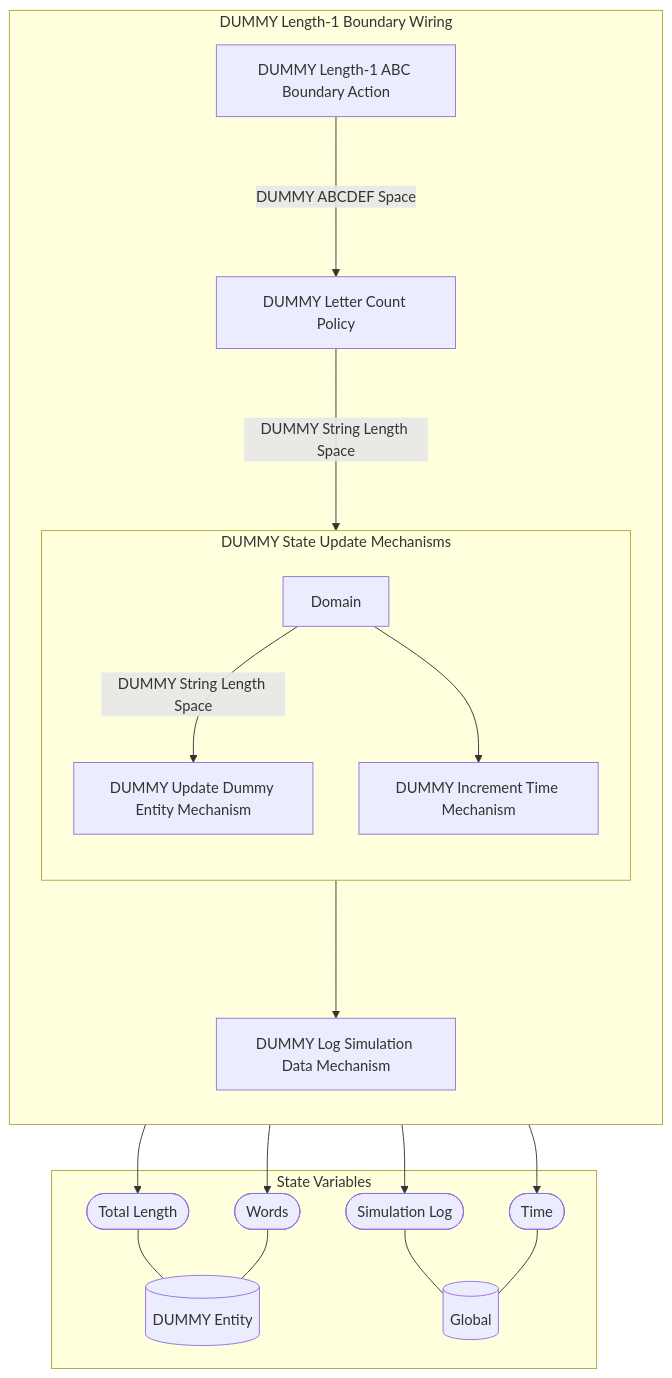
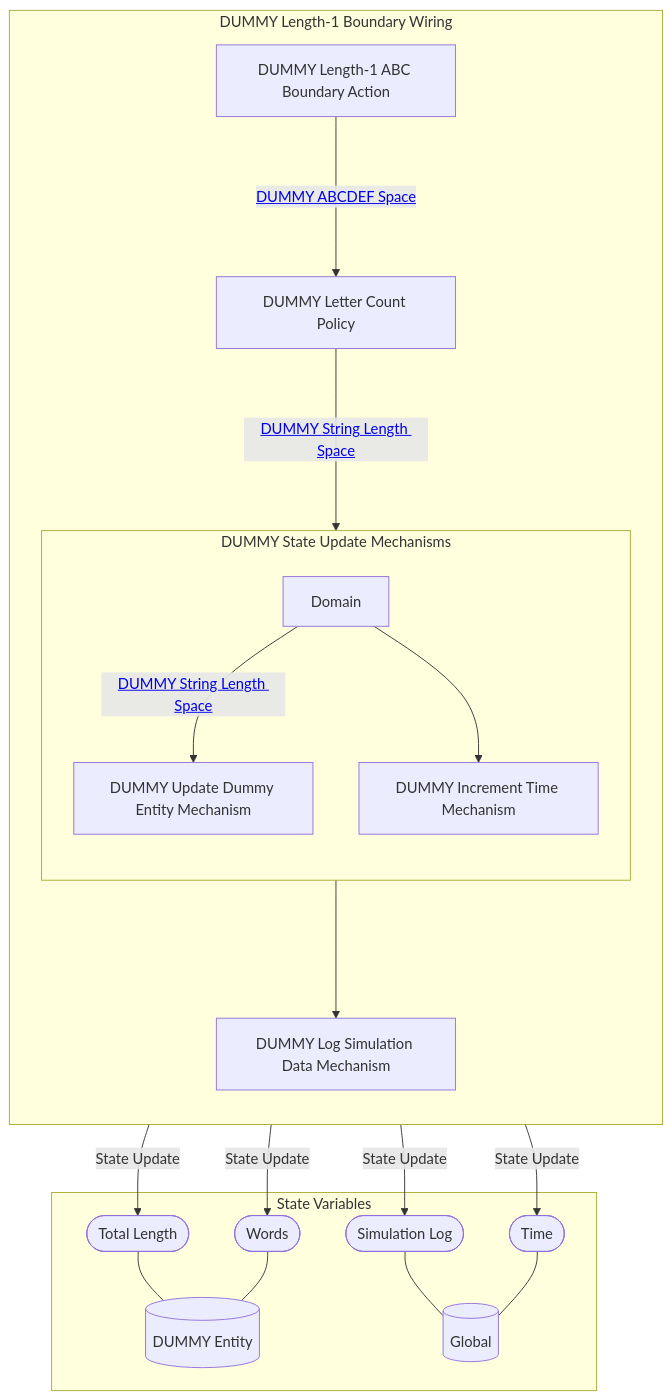
Before and after one commit to BlockScience/MSML-Template: the first of 2 diagrams in reports/obsidian/Displays/Wiring/Boundary Wirings.md, drawn with Mermaid. The commit also changed other lines of this file and 41 other files, not shown here.

````diff
--- a/reports/obsidian/Displays/Wiring/Boundary Wirings.md
+++ b/reports/obsidian/Displays/Wiring/Boundary Wirings.md
@@ -3,41 +3,50 @@
 ```mermaid
 graph TB
 
 subgraph SVS["State Variables"]
 EE0[("DUMMY Entity")]
 EE1[("Global")]
 EES0(["Total Length"])
 EES0 --- EE0
 EES1(["Words"])
 EES1 --- EE0
 EES2(["Simulation Log"])
 EES2 --- EE1
 EES3(["Time"])
 EES3 --- EE1
 end
 
 subgraph X9["DUMMY Length-1 Boundary Wiring"]
 direction TB
 X1["DUMMY Length-1 ABC Boundary Action"]
 X2["DUMMY Letter Count Policy"]
 subgraph X7["DUMMY State Update Mechanisms"]
 direction TB
 X3["DUMMY Update Dummy Entity Mechanism"]
-X3 --> EES1
-X3 --> EES0
+X3 --"State Update"--> EES0
+X3 --"State Update"--> EES1
 X4["DUMMY Increment Time Mechanism"]
-X4 --> EES3
+X4 --"State Update"--> EES3
 X5[Domain]
 
 direction LR
 direction TB
-X5 --"DUMMY String Length Space"--> X3
+X5 --"<a href='DUMMY String Length Space' class=internal-link>DUMMY String Length Space</a>"--> X3
 X5 --> X4
 end
 X8["DUMMY Log Simulation Data Mechanism"]
-X8 --> EES2
-X1--"DUMMY ABCDEF Space"--->X2
-X2--"DUMMY String Length Space"--->X7
+X8 --"State Update"--> EES2
+X1--"<a href='DUMMY ABCDEF Space' class=internal-link>DUMMY ABCDEF Space</a>"--->X2
+X2--"<a href='DUMMY String Length Space' class=internal-link>DUMMY String Length Space</a>"--->X7
 X7--->X8
 end
+class X1 internal-link;
+class X2 internal-link;
+class X3 internal-link;
+class X4 internal-link;
+class X6 internal-link;
+class X8 internal-link;
+class EE0 internal-link;
+class EE1 internal-link;
+
 ```
````
